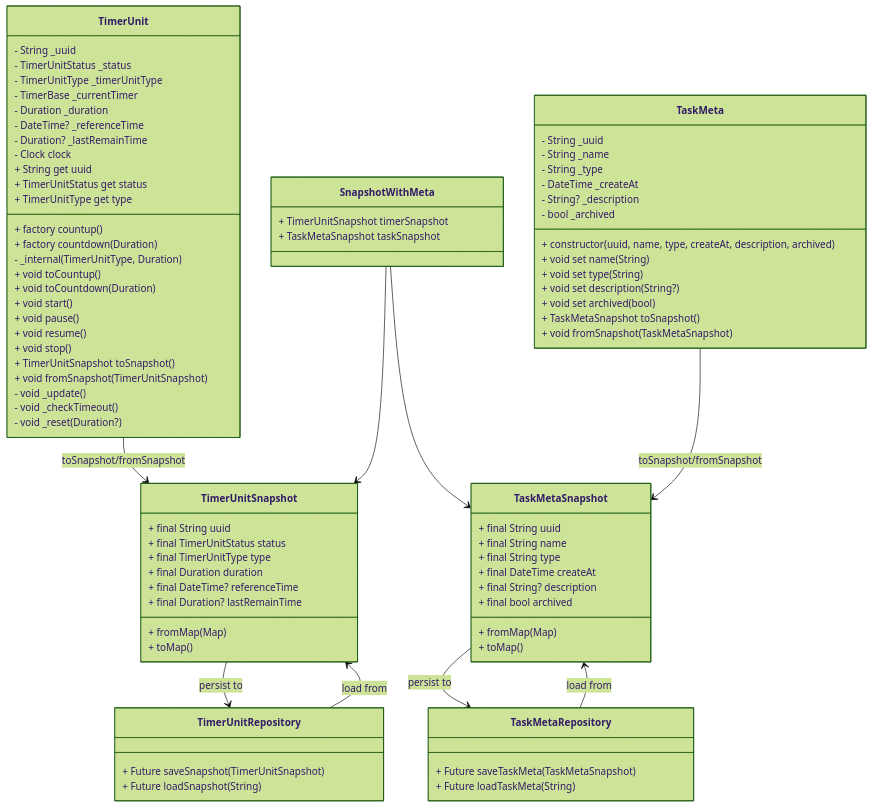
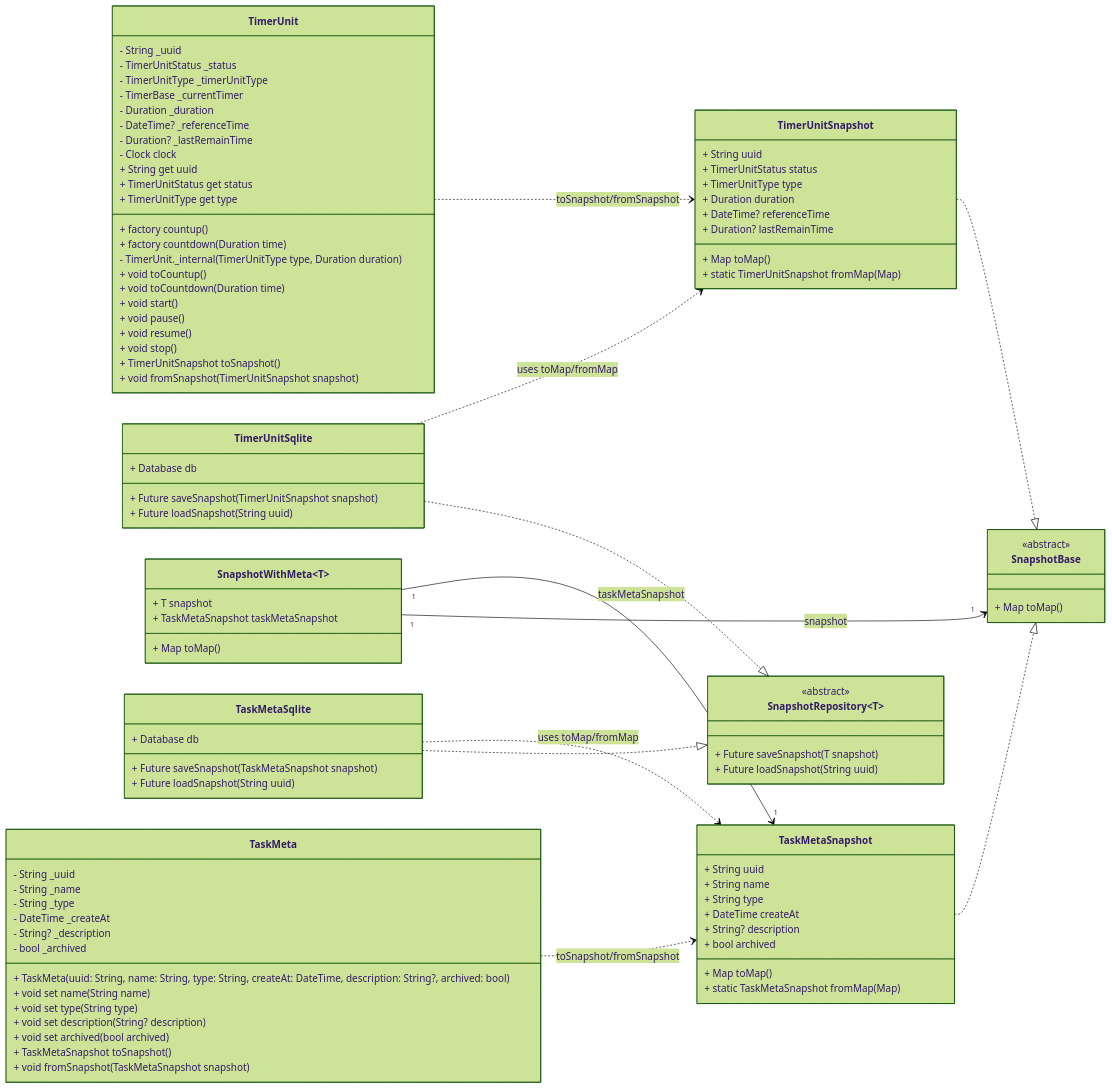
Before and after one commit to Weichky/Existimer: the diagram in potato_task/README.md, drawn with Mermaid (forest theme). The commit also changed other lines of this file and 3 other files, not shown here.

Commit message:
更新UML图

````diff
--- a/potato_task/README.md
+++ b/potato_task/README.md
@@ -4,106 +5,128 @@
 ```mermaid
 classDiagram
-    class TimerUnit {
-        - String _uuid
-        - TimerUnitStatus _status
-        - TimerUnitType _timerUnitType
-        - TimerBase _currentTimer
-        - Duration _duration
-        - DateTime? _referenceTime
-        - Duration? _lastRemainTime
-        - Clock clock
+direction LR
 
-        + factory countup()
-        + factory countdown(Duration)
-        - _internal(TimerUnitType, Duration)
+%% 快照基类及实现
+class SnapshotBase {
+  <<abstract>>
+  + Map<String, dynamic> toMap()
+}
 
-        + String get uuid
-        + TimerUnitStatus get status
-        + TimerUnitType get type
+class TaskMetaSnapshot {
+  + String uuid
+  + String name
+  + String type
+  + DateTime createAt
+  + String? description
+  + bool archived
 
-        + void toCountup()
-        + void toCountdown(Duration)
-        + void start()
-        + void pause()
-        + void resume()
-        + void stop()
+  + Map<String, dynamic> toMap()
+  + static TaskMetaSnapshot fromMap(Map<String, dynamic>)
+}
 
-        + TimerUnitSnapshot toSnapshot()
-        + void fromSnapshot(TimerUnitSnapshot)
+class TimerUnitSnapshot {
+  + String uuid
+  + TimerUnitStatus status
+  + TimerUnitType type
+  + Duration duration
+  + DateTime? referenceTime
+  + Duration? lastRemainTime
 
-        - void _update()
-        - void _checkTimeout()
-        - void _reset(Duration?)
-    }
+  + Map<String, dynamic> toMap()
+  + static TimerUnitSnapshot fromMap(Map<String, dynamic>)
+}
 
-    class TimerUnitSnapshot {
-        + final String uuid
-        + final TimerUnitStatus status
-        + final TimerUnitType type
-        + final Duration duration
-        + final DateTime? referenceTime
-        + final Duration? lastRemainTime
+TaskMetaSnapshot ..|> SnapshotBase
+TimerUnitSnapshot ..|> SnapshotBase
 
-        + fromMap(Map)
-        + toMap()
-    }
+%% 实体与快照依赖
+class TimerUnit {
+  - String _uuid
+  - TimerUnitStatus _status
+  - TimerUnitType _timerUnitType
+  - TimerBase _currentTimer
+  - Duration _duration
+  - DateTime? _referenceTime
+  - Duration? _lastRemainTime
+  - Clock clock
 
-    class TaskMeta {
-        - String _uuid
-        - String _name
-        - String _type
-        - DateTime _createAt
-        - String? _description
-        - bool _archived
+  + factory countup()
+  + factory countdown(Duration time)
+  - TimerUnit._internal(TimerUnitType type, Duration duration)
 
-        + constructor(uuid, name, type, createAt, description, archived)
+  + String get uuid
+  + TimerUnitStatus get status
+  + TimerUnitType get type
 
-        + void set name(String)
-        + void set type(String)
-        + void set description(String?)
-        + void set archived(bool)
+  + void toCountup()
+  + void toCountdown(Duration time)
 
-        + TaskMetaSnapshot toSnapshot()
-        + void fromSnapshot(TaskMetaSnapshot)
-    }
+  + void start()
+  + void pause()
+  + void resume()
+  + void stop()
 
-    class TaskMetaSnapshot {
-        + final String uuid
-        + final String name
-        + final String type
-        + final DateTime createAt
-        + final String? description
-        + final bool archived
+  + TimerUnitSnapshot toSnapshot()
+  + void fromSnapshot(TimerUnitSnapshot snapshot)
+}
 
-        + fromMap(Map)
-        + toMap()
-    }
+class TaskMeta {
+  - String _uuid
+  - String _name
+  - String _type
+  - DateTime _createAt
+  - String? _description
+  - bool _archived
 
-    class TimerUnitRepository {
-        + Future<void> saveSnapshot(TimerUnitSnapshot)
-        + Future<TimerUnitSnapshot?> loadSnapshot(String)
-    }
+  + TaskMeta(uuid: String, name: String, type: String, createAt: DateTime, description: String?, archived: bool)
 
-    class TaskMetaRepository {
-        + Future<void> saveTaskMeta(TaskMetaSnapshot)
-        + Future<TaskMetaSnapshot> loadTaskMeta(String)
-    }
+  + void set name(String name)
+  + void set type(String type)
+  + void set description(String? description)
+  + void set archived(bool archived)
 
-    class SnapshotWithMeta {
-        + TimerUnitSnapshot timerSnapshot
-        + TaskMetaSnapshot taskSnapshot
-    }
+  + TaskMetaSnapshot toSnapshot()
+  + void fromSnapshot(TaskMetaSnapshot snapshot)
+}
 
-    %% Relationships
-    SnapshotWithMeta --> TimerUnitSnapshot
-    SnapshotWithMeta --> TaskMetaSnapshot
-    
-    TimerUnit --> TimerUnitSnapshot : toSnapshot/fromSnapshot
-    TaskMeta --> TaskMetaSnapshot : toSnapshot/fromSnapshot
+TimerUnit ..> TimerUnitSnapshot : toSnapshot/fromSnapshot
+TaskMeta ..> TaskMetaSnapshot : toSnapshot/fromSnapshot
 
-    TimerUnitSnapshot --> TimerUnitRepository : persist to
-    TimerUnitRepository --> TimerUnitSnapshot : load from
+%% SnapshotWithMeta 组合关系
+class SnapshotWithMeta~T~ {
+  + T snapshot
+  + TaskMetaSnapshot taskMetaSnapshot
 
-    TaskMetaSnapshot --> TaskMetaRepository : persist to
-    TaskMetaRepository --> TaskMetaSnapshot : load from
+  + Map<String, dynamic> toMap()
+}
+
+SnapshotWithMeta "1" --> "1" SnapshotBase : snapshot
+SnapshotWithMeta "1" --> "1" TaskMetaSnapshot : taskMetaSnapshot
+
+%% 仓库接口及实现
+class SnapshotRepository~T~ {
+  <<abstract>>
+  + Future<void> saveSnapshot(T snapshot)
+  + Future<T?> loadSnapshot(String uuid)
+}
+
+class TimerUnitSqlite {
+  + Database db
+
+  + Future<void> saveSnapshot(TimerUnitSnapshot snapshot)
+  + Future<TimerUnitSnapshot?> loadSnapshot(String uuid)
+}
+
+class TaskMetaSqlite {
+  + Database db
+
+  + Future<void> saveSnapshot(TaskMetaSnapshot snapshot)
+  + Future<TaskMetaSnapshot?> loadSnapshot(String uuid)
+}
+
+TimerUnitSqlite ..|> SnapshotRepository~TimerUnitSnapshot~
+TaskMetaSqlite ..|> SnapshotRepository~TaskMetaSnapshot~
+
+TimerUnitSqlite ..> TimerUnitSnapshot : uses toMap/fromMap
+TaskMetaSqlite ..> TaskMetaSnapshot : uses toMap/fromMap
 ```
````
